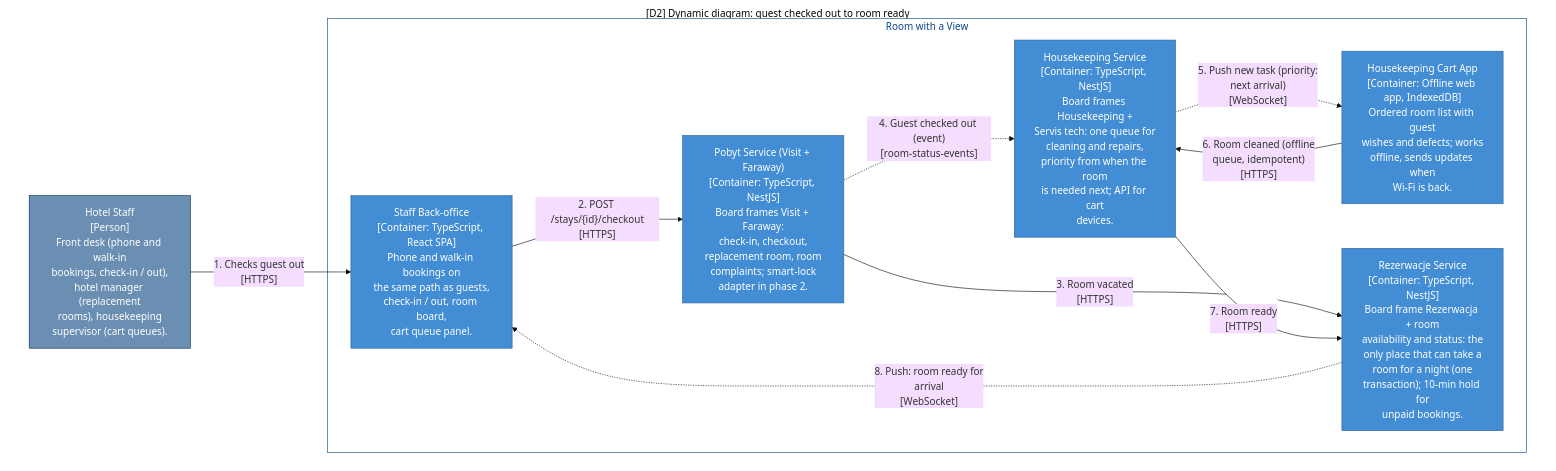
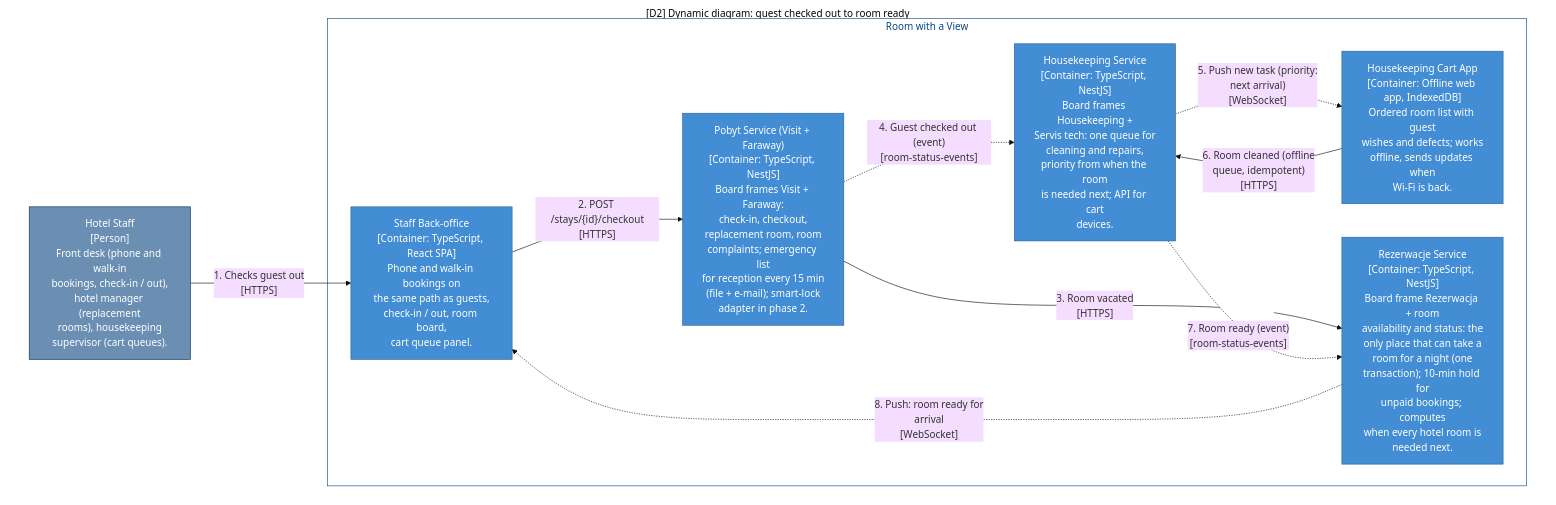
One commit to patrykkarny/Kata-workshopAI changed the diagram in zadanie/c4/out/mermaid-plain/D2-Checkout.mmd. Above: the diagram before and after it, drawn with Mermaid (base theme). The commit also changed 21 other files, not shown here.

```diff
--- a/zadanie/c4/out/mermaid-plain/D2-Checkout.mmd
+++ b/zadanie/c4/out/mermaid-plain/D2-Checkout.mmd
@@ -1,34 +1,34 @@
 graph TB
   linkStyle default fill:#ffffff
 
   subgraph diagram ["[D2] Dynamic diagram: guest checked out to room ready"]
     style diagram fill:#ffffff,stroke:#ffffff
 
     subgraph 4 ["Room with a View"]
       style 4 fill:#ffffff,stroke:#0b4884,color:#0b4884
 
-      10["Pobyt Service (Visit + Faraway)<br/>[Container: TypeScript, NestJS]<br/>Board frames Visit + Faraway:<br/>check-in, checkout,<br/>replacement room, room<br/>complaints; smart-lock<br/>adapter in phase 2."]
+      10["Pobyt Service (Visit + Faraway)<br/>[Container: TypeScript, NestJS]<br/>Board frames Visit + Faraway:<br/>check-in, checkout,<br/>replacement room, room<br/>complaints; emergency list<br/>for reception every 15 min<br/>(file + e-mail); smart-lock<br/>adapter in phase 2."]
       style 10 fill:#438dd5,stroke:#2e6295,color:#ffffff
       6["Staff Back-office<br/>[Container: TypeScript, React SPA]<br/>Phone and walk-in bookings on<br/>the same path as guests,<br/>check-in / out, room board,<br/>cart queue panel."]
       style 6 fill:#438dd5,stroke:#2e6295,color:#ffffff
       7["Housekeeping Cart App<br/>[Container: Offline web app, IndexedDB]<br/>Ordered room list with guest<br/>wishes and defects; works<br/>offline, sends updates when<br/>Wi-Fi is back."]
       style 7 fill:#438dd5,stroke:#2e6295,color:#ffffff
-      8["Rezerwacje Service<br/>[Container: TypeScript, NestJS]<br/>Board frame Rezerwacja + room<br/>availability and status: the<br/>only place that can take a<br/>room for a night (one<br/>transaction); 10-min hold for<br/>unpaid bookings."]
+      8["Rezerwacje Service<br/>[Container: TypeScript, NestJS]<br/>Board frame Rezerwacja + room<br/>availability and status: the<br/>only place that can take a<br/>room for a night (one<br/>transaction); 10-min hold for<br/>unpaid bookings; computes<br/>when every hotel room is<br/>needed next."]
       style 8 fill:#438dd5,stroke:#2e6295,color:#ffffff
       9["Housekeeping Service<br/>[Container: TypeScript, NestJS]<br/>Board frames Housekeeping +<br/>Servis tech: one queue for<br/>cleaning and repairs,<br/>priority from when the room<br/>is needed next; API for cart<br/>devices."]
       style 9 fill:#438dd5,stroke:#2e6295,color:#ffffff
     end
 
     2["Hotel Staff<br/>[Person]<br/>Front desk (phone and walk-in<br/>bookings, check-in / out),<br/>hotel manager (replacement<br/>rooms), housekeeping<br/>supervisor (cart queues)."]
     style 2 fill:#6b8fb3,stroke:#052e56,color:#ffffff
 
     2-- "1. Checks guest out<br/>[HTTPS]" -->6
     6-- "2. POST /stays/{id}/checkout<br/>[HTTPS]" -->10
     10-- "3. Room vacated<br/>[HTTPS]" -->8
     10-. "4. Guest checked out (event)<br/>[room-status-events]" .->9
     9-. "5. Push new task (priority:<br/>next arrival)<br/>[WebSocket]" .->7
     7-- "6. Room cleaned (offline<br/>queue, idempotent)<br/>[HTTPS]" -->9
-    9-- "7. Room ready<br/>[HTTPS]" -->8
+    9-. "7. Room ready (event)<br/>[room-status-events]" .->8
     8-. "8. Push: room ready for<br/>arrival<br/>[WebSocket]" .->6
 
   end
```
